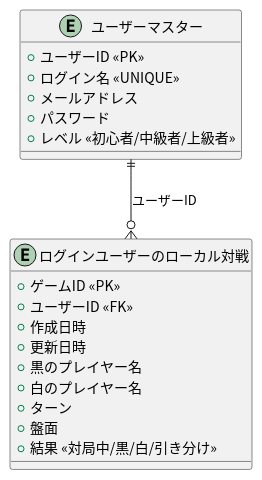
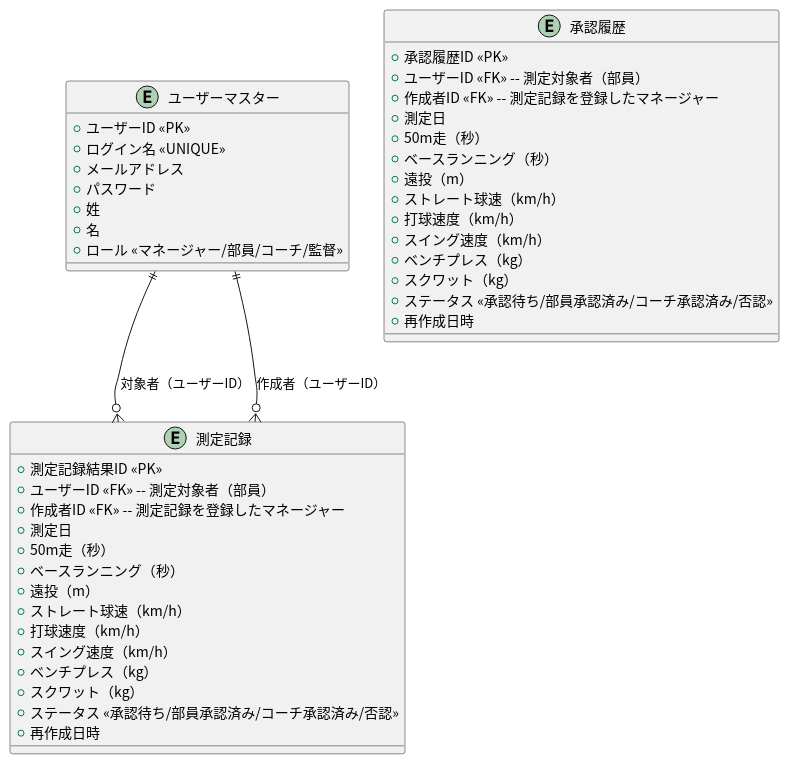
One commit to tomoki-shiozaki/baseball-talent-management-app changed the diagram in doc/ER/ER_diagram.pu. Above: the diagram before and after it, drawn with PlantUML. The commit also changed 2 other files, not shown here.

Commit message:
feat(measurement): add example values to help texts of measurement model

```diff
--- a/doc/ER/ER_diagram.pu
+++ b/doc/ER/ER_diagram.pu
@@ -1,25 +1,50 @@
 @startuml ER
 skinparam defaultFontName "Noto Sans CJK JP"
 entity "ユーザーマスター" as User {
   +ユーザーID <<PK>>
   +ログイン名 <<UNIQUE>>
   +メールアドレス
   +パスワード
-  +レベル <<初心者/中級者/上級者>>
+  + 姓
+  + 名
+  +ロール <<マネージャー/部員/コーチ/監督>>
 }
 
-entity "ログインユーザーのローカル対戦" as AuthenticatedLocalGame {
-  +ゲームID <<PK>>
-  +ユーザーID <<FK>>
-  +作成日時
-  +更新日時
-  +黒のプレイヤー名
-  +白のプレイヤー名
-  +ターン
-  +盤面
-  +結果 <<対局中/黒/白/引き分け>>
+entity "測定記録" as Measurement {
+  +測定記録結果ID <<PK>>
+  +ユーザーID <<FK>> -- 測定対象者（部員）
+  +作成者ID <<FK>> -- 測定記録を登録したマネージャー
+  +測定日
+  +50m走（秒）
+  +ベースランニング（秒）
+  +遠投（m）
+  +ストレート球速（km/h）
+  +打球速度（km/h）
+  +スイング速度（km/h）
+  +ベンチプレス（kg）
+  +スクワット（kg）
+  +ステータス <<承認待ち/部員承認済み/コーチ承認済み/否認>>
+  +再作成日時
 }
 
-User ||--o{ AuthenticatedLocalGame : ユーザーID
+entity "承認履歴" as MeasurementApproval {
+  +承認履歴ID <<PK>>
+  +ユーザーID <<FK>> -- 測定対象者（部員）
+  +作成者ID <<FK>> -- 測定記録を登録したマネージャー
+  +測定日
+  +50m走（秒）
+  +ベースランニング（秒）
+  +遠投（m）
+  +ストレート球速（km/h）
+  +打球速度（km/h）
+  +スイング速度（km/h）
+  +ベンチプレス（kg）
+  +スクワット（kg）
+  +ステータス <<承認待ち/部員承認済み/コーチ承認済み/否認>>
+  +再作成日時
+}
+
+User ||--o{ Measurement : 対象者（ユーザーID）
+User ||--o{ Measurement : 作成者（ユーザーID）
 
 @enduml
```
